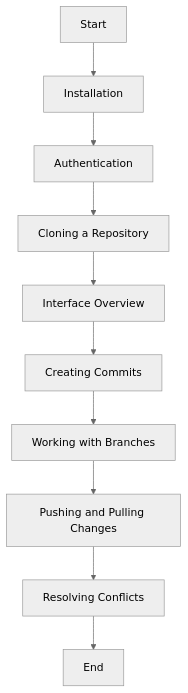
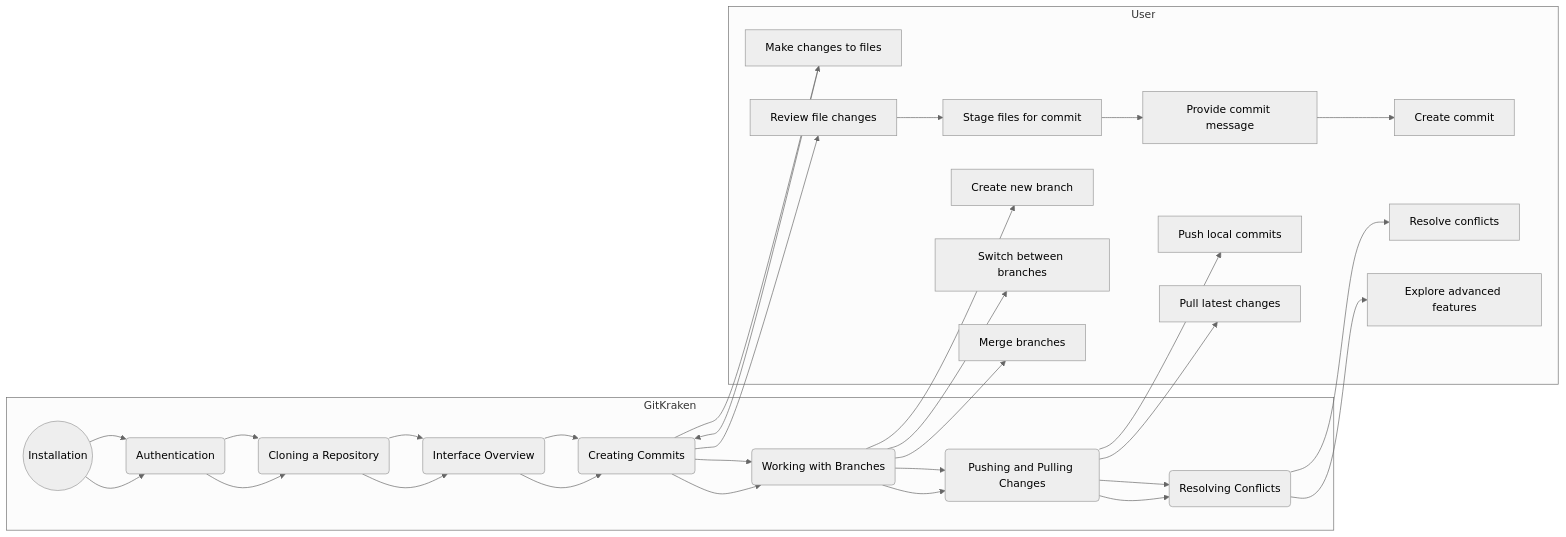
One commit to AnthonyByansi/GitKraken-Compendium changed the diagram in GitKraken-Compendium/docs/user-guide/getting-started.md. Above: the diagram before and after it, drawn with Mermaid (neutral theme). The commit also changed other lines of this file, not shown here.

````diff
--- a/GitKraken-Compendium/docs/user-guide/getting-started.md
+++ b/GitKraken-Compendium/docs/user-guide/getting-started.md
@@ -75,12 +75,61 @@
 ```mermaid
-graph TB
-    A[Start] --> B[Installation]
-    B --> C[Authentication]
-    C --> D[Cloning a Repository]
-    D --> E[Interface Overview]
-    E --> F[Creating Commits]
-    F --> G[Working with Branches]
-    G --> H[Pushing and Pulling Changes]
-    H --> I[Resolving Conflicts]
-    I --> J[End]
+graph LR
+
+subgraph GitKraken
+  A((Installation)) --> B(Authentication)
+  B --> C(Cloning a Repository)
+  C --> D(Interface Overview)
+  D --> E(Creating Commits)
+  E --> F(Working with Branches)
+  F --> G(Pushing and Pulling Changes)
+  G --> H(Resolving Conflicts)
+end
+
+A --> B
+B --> C
+C --> D
+D --> E
+E --> F
+F --> G
+G --> H
+
+subgraph User
+  I[Make changes to files]
+  E --> I
+  I --> E
+
+  J[Review file changes]
+  E --> J
+
+  K[Stage files for commit]
+  J --> K
+
+  L[Provide commit message]
+  K --> L
+
+  M[Create commit]
+  L --> M
+
+  N[Create new branch]
+  F --> N
+
+  O[Switch between branches]
+  F --> O
+
+  P[Merge branches]
+  F --> P
+
+  Q[Push local commits]
+  G --> Q
+
+  R[Pull latest changes]
+  G --> R
+
+  S[Resolve conflicts]
+  H --> S
+
+  T[Explore advanced features]
+  H --> T
+end
+
 ```
````
